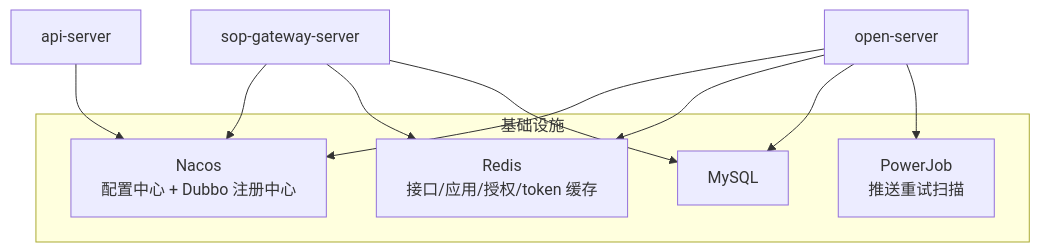
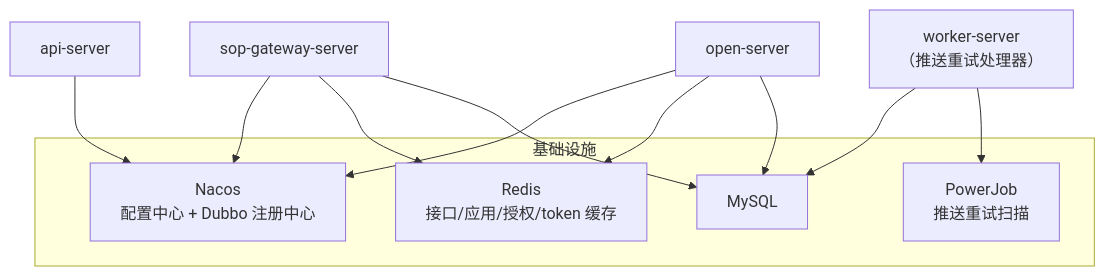
One commit to henhen6/mdp-docs changed the fourth of 5 diagrams in src/doc/advanced/open/架构设计.md. Above: the diagram before and after it, drawn with Mermaid. The commit also changed other lines of this file and 14 other files, not shown here.

````diff
--- a/src/doc/advanced/open/架构设计.md
+++ b/src/doc/advanced/open/架构设计.md
@@ -74,17 +75,19 @@
 ```mermaid
 flowchart TB
     subgraph 基础设施
         NACOS["Nacos<br/>配置中心 + Dubbo 注册中心"]
         REDIS["Redis<br/>接口/应用/授权/token 缓存"]
         DB["MySQL"]
         PJ["PowerJob<br/>推送重试扫描"]
     end
 
     GW["sop-gateway-server"]
     API["api-server"]
     OPEN["open-server"]
+    WRK["worker-server<br/>（推送重试处理器）"]
 
     GW --> NACOS & REDIS & DB
     API --> NACOS
-    OPEN --> NACOS & REDIS & DB & PJ
+    OPEN --> NACOS & REDIS & DB
+    WRK --> DB & PJ
 ```
````
